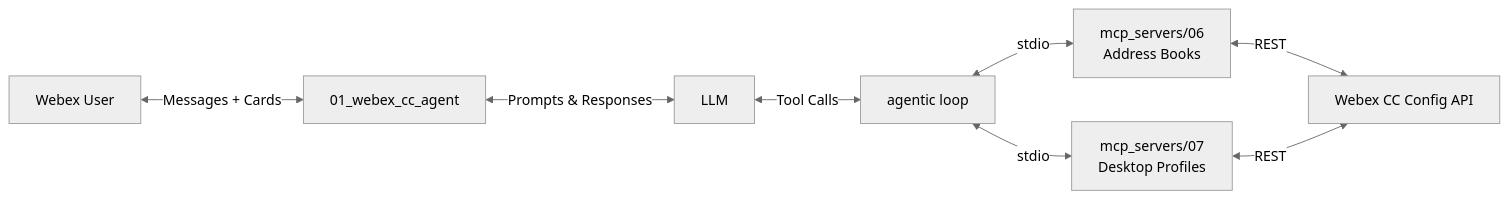
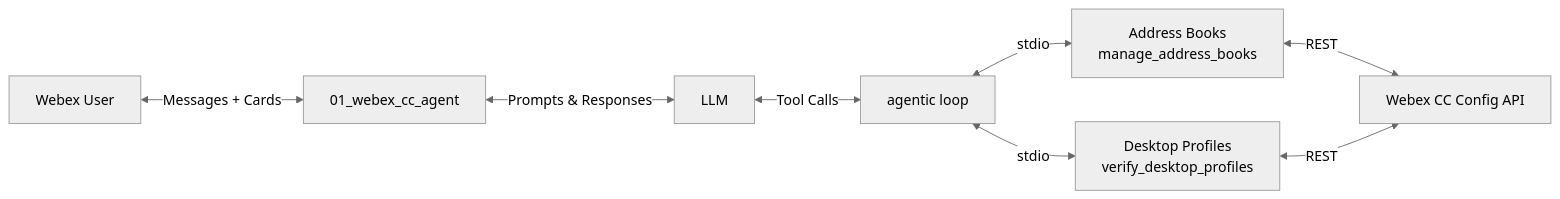
The first of 5 diagrams in docs/lab8_use-cases.md (WebexCC-SA/LAB-31123), drawn with Mermaid (neutral theme) before and after one commit. The commit also changed other lines of this file, not shown here.

````diff
--- a/docs/lab8_use-cases.md
+++ b/docs/lab8_use-cases.md
@@ -31,10 +31,10 @@
 ```mermaid
 flowchart LR
     User[Webex User] <-->|Messages + Cards| Bot[01_webex_cc_agent]
     Bot <-->|Prompts & Responses| LLM[LLM]
     LLM <-->|Tool Calls| Loop[agentic loop]
-    Loop <-->|stdio| S06["mcp_servers/06<br/>Address Books"]
-    Loop <-->|stdio| S07["mcp_servers/07<br/>Desktop Profiles"]
+    Loop <-->|stdio| S06["Address Books<br/>manage_address_books"]
+    Loop <-->|stdio| S07["Desktop Profiles<br/>verify_desktop_profiles"]
     S06 <-->|REST| CC[Webex CC Config API]
     S07 <-->|REST| CC
 ```
````
